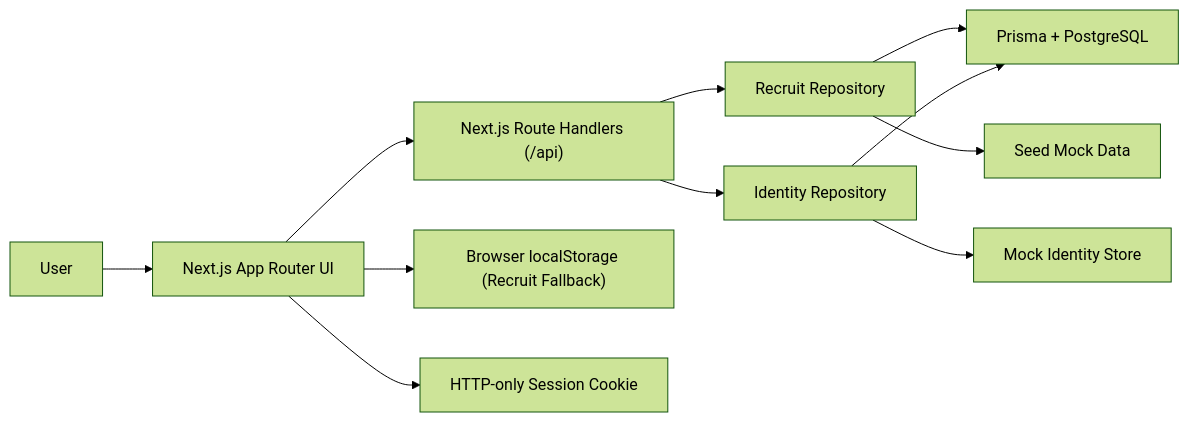
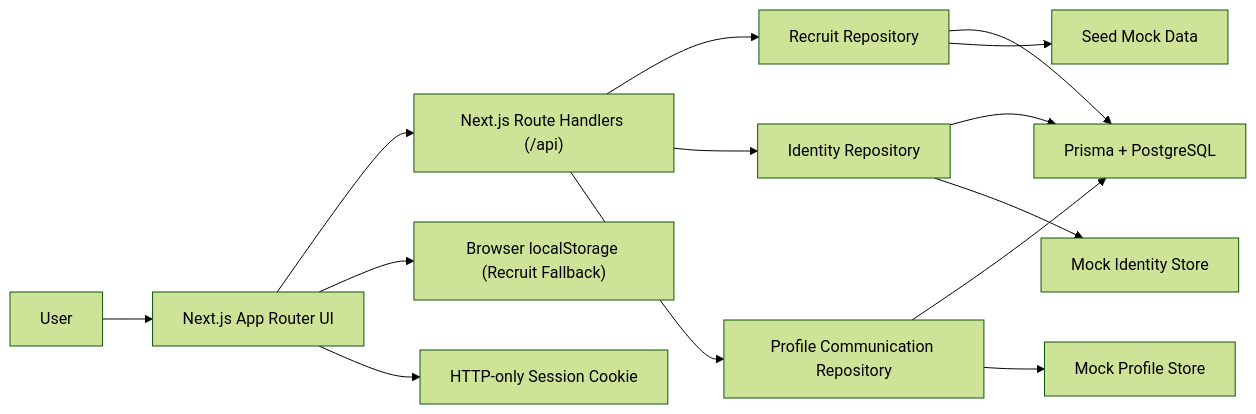
The first of 8 diagrams in docs/02-architecture.md (tail1887/campus-link-workshop), drawn with Mermaid (forest theme) before and after one commit. The commit also changed other lines of this file and 13 other files, not shown here.

Commit message:
feat: add phase 2 profile communication contracts

````diff
--- a/docs/02-architecture.md
+++ b/docs/02-architecture.md
@@ -16,13 +16,16 @@
 ```mermaid
 flowchart LR
     U["User"] --> FE["Next.js App Router UI"]
     FE --> API["Next.js Route Handlers (/api)"]
     FE --> LS["Browser localStorage (Recruit Fallback)"]
     FE --> CK["HTTP-only Session Cookie"]
     API --> RR["Recruit Repository"]
     API --> IR["Identity Repository"]
+    API --> PR["Profile Communication Repository"]
     RR --> DB["Prisma + PostgreSQL"]
     RR --> SEED["Seed Mock Data"]
     IR --> DB
     IR --> IM["Mock Identity Store"]
+    PR --> DB
+    PR --> PM["Mock Profile Store"]
 ```
````
